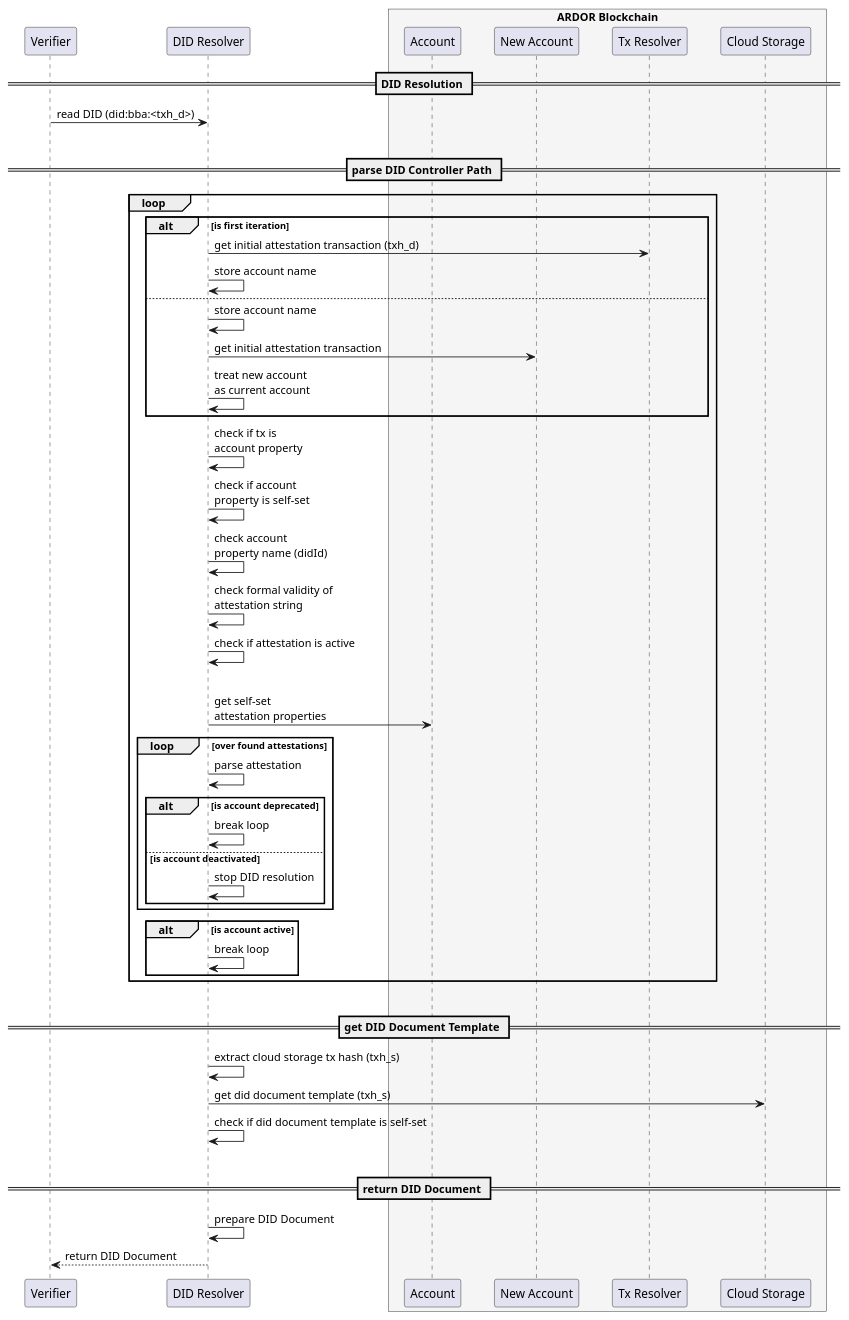
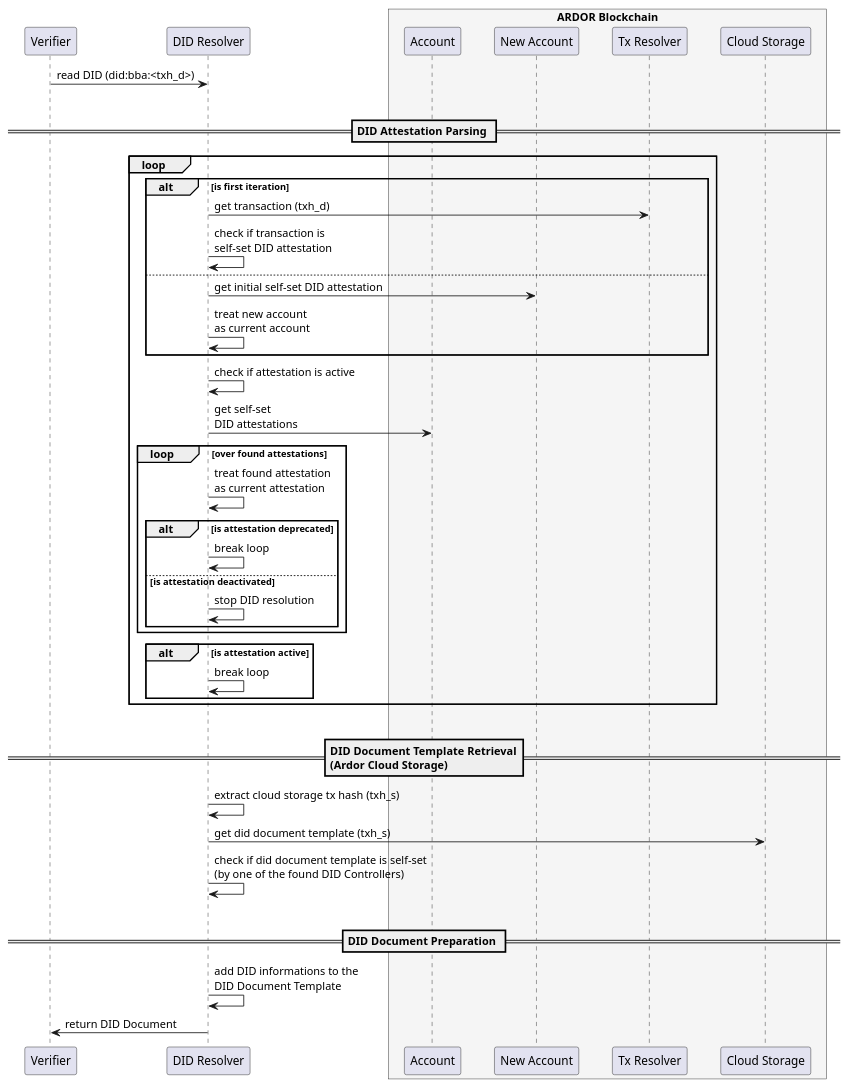
The diagram in docs/plantuml/src/did-resolve.puml (blobaa/bba-did-method-specification), drawn with PlantUML before and after one commit. The commit also changed 2 other files, not shown here.

Commit message:
added resolution description

```diff
--- a/docs/plantuml/src/did-resolve.puml
+++ b/docs/plantuml/src/did-resolve.puml
@@ -1,70 +1,65 @@
 @startuml
 skinparam BoxPadding 15
 skinparam ParticipantPadding 15
 
 
-participant "Verifier" as USR
+participant "Verifier" as VER
 participant "DID Resolver" as RES
 box "ARDOR Blockchain" #WhiteSmoke
     participant "Account" as ATTE
     participant "New Account" as NATTE
     participant "Tx Resolver" as TXR
     participant "Cloud Storage" as STR
 end box
 
 
-== DID Resolution ==
 
-
-USR -> RES: read DID (did:bba:<txh_d>)
+VER -> RES: read DID (did:bba:<txh_d>)
 |||
 
 
-== parse DID Controller Path ==
+== DID Attestation Parsing ==
 
 loop
     alt is first iteration
-        RES -> TXR: get initial attestation transaction (txh_d)
-        RES -> RES: store account name
+        RES -> TXR: get transaction (txh_d)
+        RES -> RES: check if transaction is\nself-set DID attestation
     else
-        RES -> RES: store account name
-        RES -> NATTE: get initial attestation transaction
+        ' RES -> RES: store account name
+        RES -> NATTE: get initial self-set DID attestation
         RES -> RES: treat new account\nas current account
     end
-    RES -> RES: check if tx is\naccount property
-    RES -> RES: check if account\nproperty is self-set
-    RES -> RES: check account\nproperty name (didId)
-    RES -> RES: check formal validity of\nattestation string
+
     RES -> RES: check if attestation is active
-    |||
-    RES -> ATTE: get self-set\nattestation properties
+    RES -> ATTE: get self-set\nDID attestations
+
     loop over found attestations
-        RES -> RES: parse attestation
-        alt is account deprecated
+        RES -> RES: treat found attestation\nas current attestation
+        alt is attestation deprecated
             RES -> RES: break loop
-        else is account deactivated
+        else is attestation deactivated
             RES -> RES: stop DID resolution
         end
     end
-    alt is account active
+    alt is attestation active
         RES -> RES: break loop
     end
 end
 |||
 
 
-== get DID Document Template ==
+== DID Document Template Retrieval\n(Ardor Cloud Storage) ==
 
 RES -> RES: extract cloud storage tx hash (txh_s)
 RES -> STR: get did document template (txh_s)
-RES -> RES: check if did document template is self-set 
+RES -> RES: check if did document template is self-set\n(by one of the found DID Controllers)
 |||
 
 
-== return DID Document ==
+== DID Document Preparation ==
 
-RES -> RES: prepare DID Document
-RES --> USR: return DID Document
+RES -> RES: add DID informations to the\nDID Document Template
+RES -> VER: return DID Document
 
 
 @enduml
```
